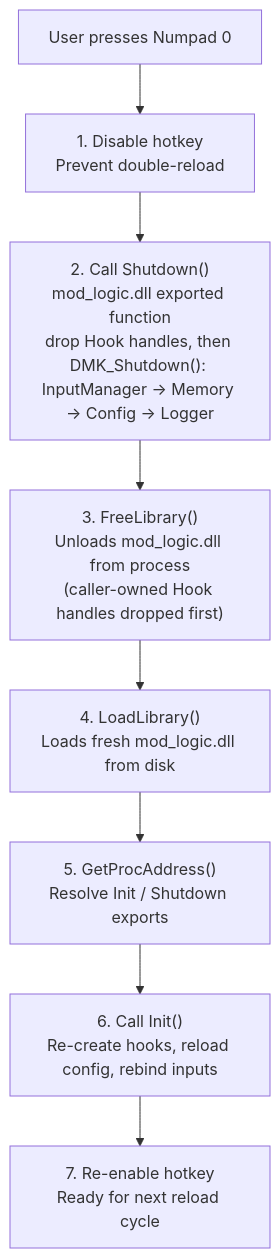
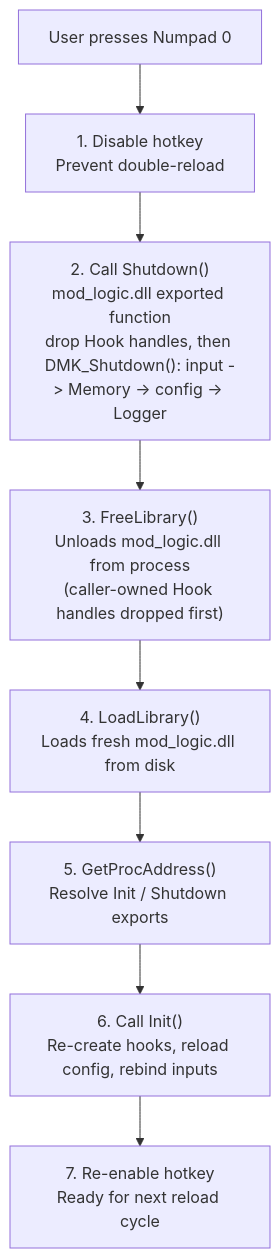
Before and after one commit to tkhquang/DetourModKit: the second of 2 diagrams in docs/hot-reload/README.md, drawn with Mermaid. The commit also changed other lines of this file and 29 other files, not shown here.

Commit message:
feat(config,input)!: clean-break reshape to the v4 surface (#144)

````diff
--- a/docs/hot-reload/README.md
+++ b/docs/hot-reload/README.md
@@ -54,10 +54,10 @@
 ```mermaid
 flowchart TD
     A["User presses Numpad 0"] --> B["1. Disable hotkey<br/>Prevent double-reload"]
-    B --> C["2. Call Shutdown()<br/>mod_logic.dll exported function<br/>drop Hook handles, then DMK_Shutdown(): InputManager -> Memory -> Config -> Logger"]
+    B --> C["2. Call Shutdown()<br/>mod_logic.dll exported function<br/>drop Hook handles, then DMK_Shutdown(): input -> Memory -> config -> Logger"]
     C --> D["3. FreeLibrary()<br/>Unloads mod_logic.dll from process<br/>(caller-owned Hook handles dropped first)"]
     D --> E["4. LoadLibrary()<br/>Loads fresh mod_logic.dll from disk"]
     E --> F["5. GetProcAddress()<br/>Resolve Init / Shutdown exports"]
     F --> G["6. Call Init()<br/>Re-create hooks, reload config, rebind inputs"]
     G --> H["7. Re-enable hotkey<br/>Ready for next reload cycle"]
 ```
````
